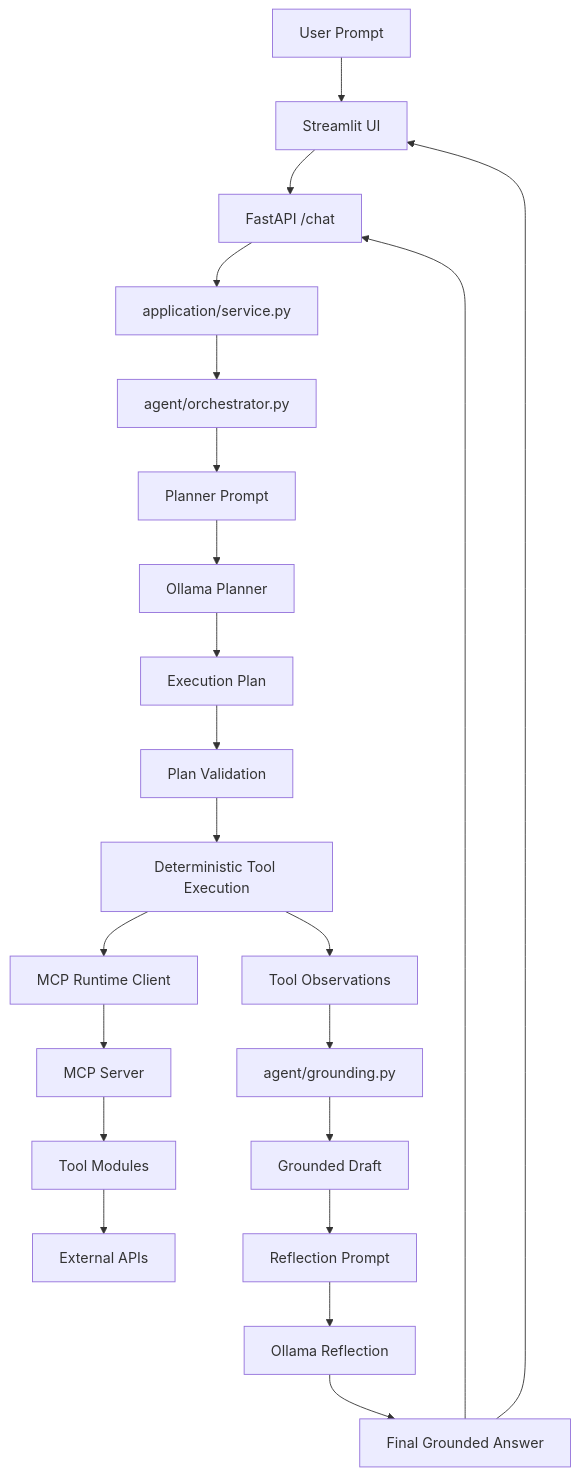
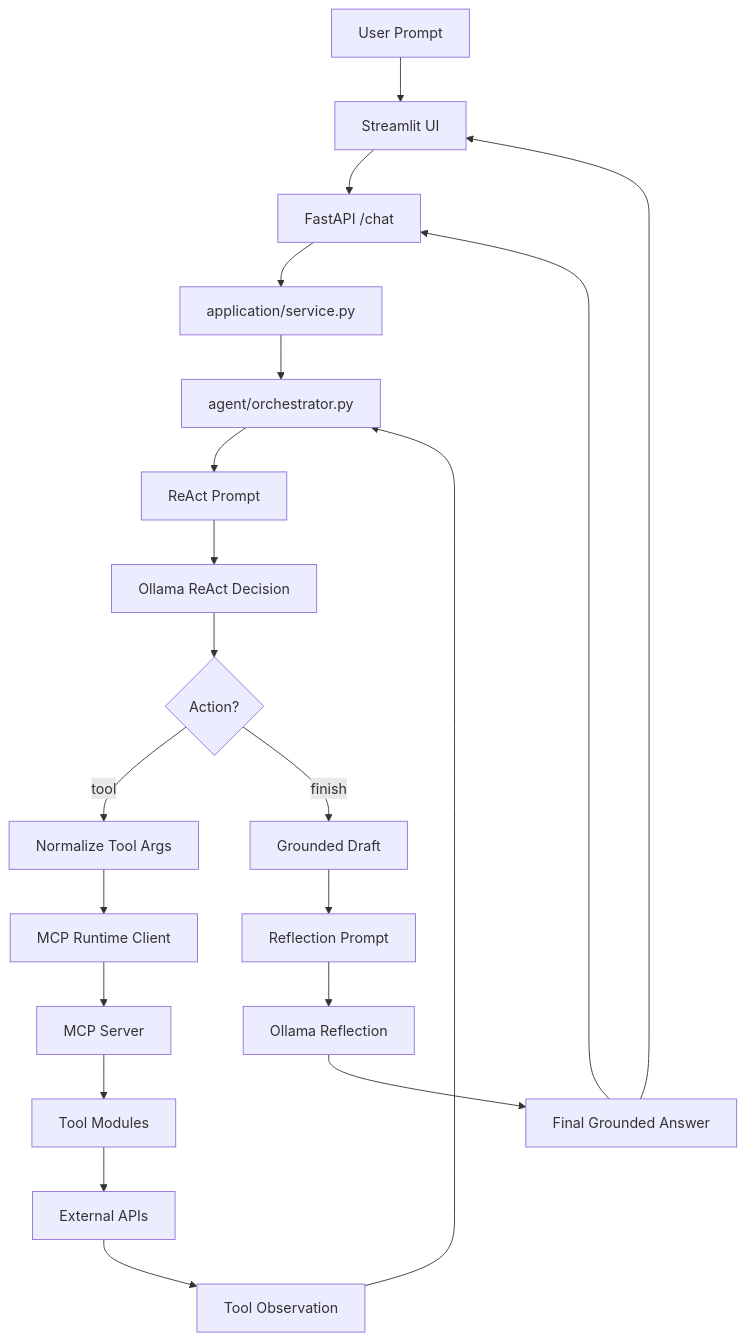
The diagram in README.md (ps-mohit-kapadia/L2-weekend-wizard), drawn with Mermaid before and after one commit. The commit also changed other lines of this file and 8 other files, not shown here.

````diff
--- a/README.md
+++ b/README.md
@@ -33,24 +36,23 @@
 ```mermaid
 flowchart TD
     A["User Prompt"] --> B["Streamlit UI"]
     B --> C["FastAPI /chat"]
     C --> D["application/service.py"]
     D --> E["agent/orchestrator.py"]
-    E --> F["Planner Prompt"]
-    F --> G["Ollama Planner"]
-    G --> H["Execution Plan"]
-    H --> I["Plan Validation"]
-    I --> J["Deterministic Tool Execution"]
-    J --> K["MCP Runtime Client"]
-    K --> L["MCP Server"]
-    L --> M["Tool Modules"]
-    M --> N["External APIs"]
-    J --> O["Tool Observations"]
-    O --> P["agent/grounding.py"]
-    P --> Q["Grounded Draft"]
-    Q --> R["Reflection Prompt"]
-    R --> S["Ollama Reflection"]
-    S --> T["Final Grounded Answer"]
-    T --> C
-    T --> B
+    E --> F["ReAct Prompt"]
+    F --> G["Ollama ReAct Decision"]
+    G --> H{"Action?"}
+    H -->|tool| I["Normalize Tool Args"]
+    I --> J["MCP Runtime Client"]
+    J --> K["MCP Server"]
+    K --> L["Tool Modules"]
+    L --> M["External APIs"]
+    M --> N["Tool Observation"]
+    N --> E
+    H -->|finish| O["Grounded Draft"]
+    O --> P["Reflection Prompt"]
+    P --> Q["Ollama Reflection"]
+    Q --> R["Final Grounded Answer"]
+    R --> C
+    R --> B
 ```
````
